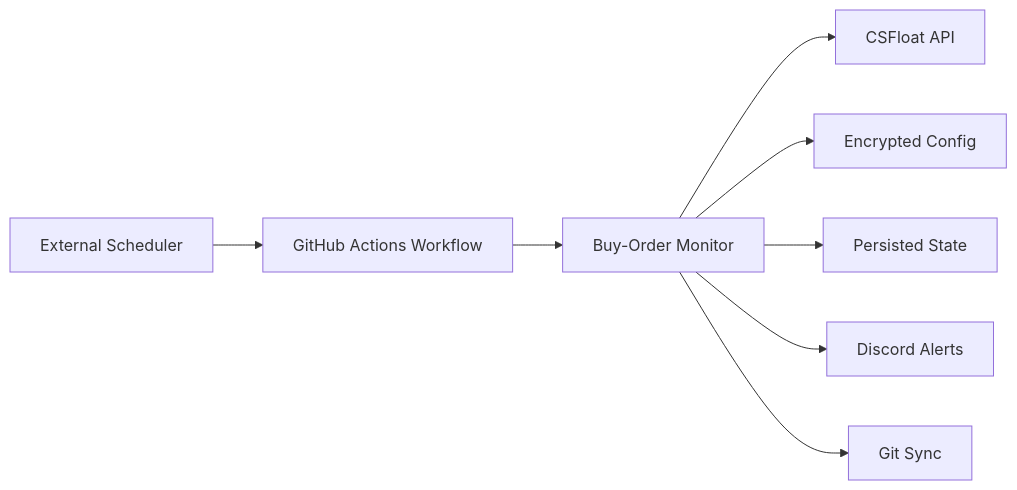
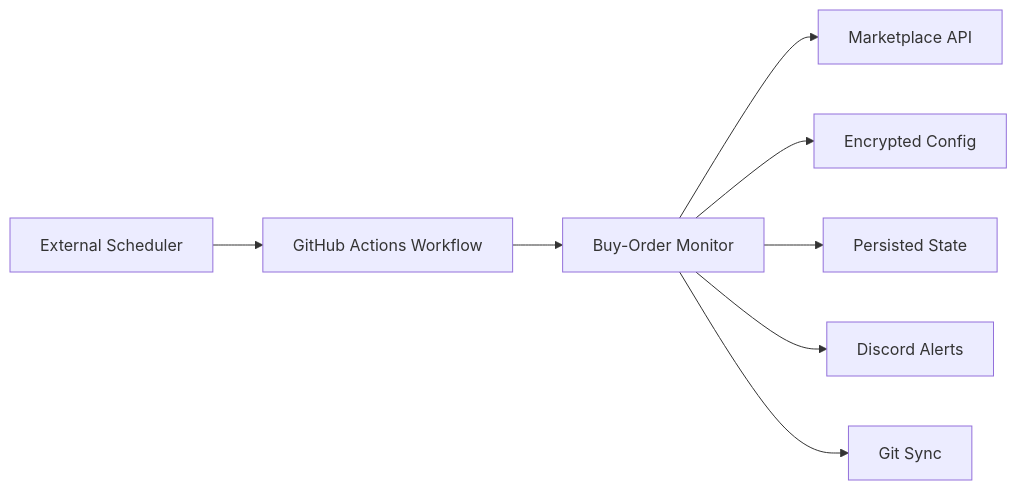
Before and after one commit to ChardXBT/CS2-Marketplace-Trading-System: the first of 4 diagrams in README.md, drawn with Mermaid. The commit also changed other lines of this file, not shown here.

````diff
--- a/README.md
+++ b/README.md
@@ -9,10 +9,10 @@
 ```mermaid
 flowchart LR
     A["External Scheduler"] --> B["GitHub Actions Workflow"]
     B --> C["Buy-Order Monitor"]
-    C --> D["CSFloat API"]
+    C --> D["Marketplace API"]
     C --> E["Encrypted Config"]
     C --> F["Persisted State"]
     C --> G["Discord Alerts"]
     C --> H["Git Sync"]
 ```
````
